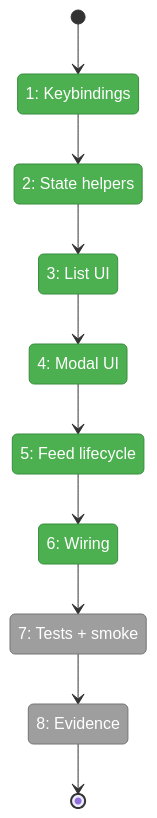
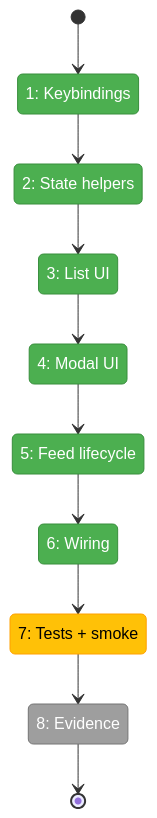
Before and after one commit to vaughanknight/pij: the first of 2 diagrams in docs/plans/007-options-for-pi-extensions-that-do-subagents/tasks/phase-2-full-modal-minih-run-viewer/tasks.fltplan.md, drawn with Mermaid. The commit also changed other lines of this file and 4 other files, not shown here.

````diff
--- a/docs/plans/007-options-for-pi-extensions-that-do-subagents/tasks/phase-2-full-modal-minih-run-viewer/tasks.fltplan.md
+++ b/docs/plans/007-options-for-pi-extensions-that-do-subagents/tasks/phase-2-full-modal-minih-run-viewer/tasks.fltplan.md
@@ -43,29 +43,30 @@
 ```mermaid
 stateDiagram-v2
     classDef pending fill:#9E9E9E,stroke:#757575,color:#fff
     classDef active fill:#FFC107,stroke:#FFA000,color:#000
     classDef done fill:#4CAF50,stroke:#388E3C,color:#fff
     classDef blocked fill:#F44336,stroke:#D32F2F,color:#fff
 
     state "1: Keybindings" as S1
     state "2: State helpers" as S2
     state "3: List UI" as S3
     state "4: Modal UI" as S4
     state "5: Feed lifecycle" as S5
     state "6: Wiring" as S6
     state "7: Tests + smoke" as S7
     state "8: Evidence" as S8
 
     [*] --> S1
     S1 --> S2
     S2 --> S3
     S3 --> S4
     S4 --> S5
     S5 --> S6
     S6 --> S7
     S7 --> S8
     S8 --> [*]
 
     class S1,S2,S3,S4,S5,S6 done
-    class S7,S8 pending
+    class S7 active
+    class S8 pending
 ```
````
